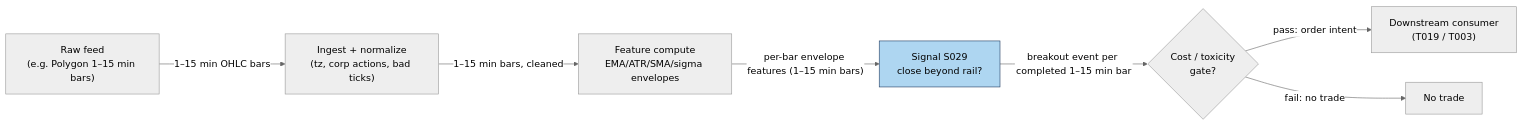
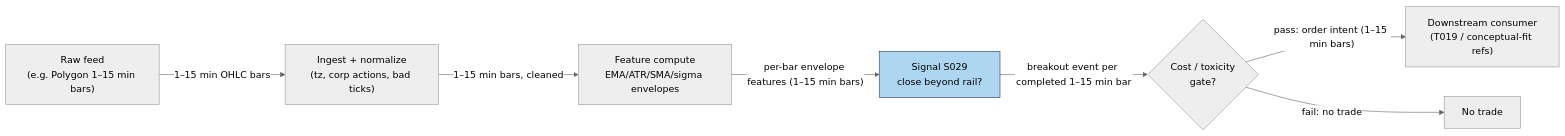
Before and after one commit to praveenguptahcl/quant-signals-deep: the diagram in batches/SB5/S029.md, drawn with Mermaid (neutral theme). The commit also changed other lines of this file and 23 other files, not shown here.

````diff
--- a/batches/SB5/S029.md
+++ b/batches/SB5/S029.md
@@ -158,10 +158,10 @@
 ```mermaid
 flowchart LR
     FEED["Raw feed<br/>(e.g. Polygon 1–15 min bars)"] -->|"1–15 min OHLC bars"| ING["Ingest + normalize<br/>(tz, corp actions, bad ticks)"]
     ING -->|"1–15 min bars, cleaned"| FEAT["Feature compute<br/>EMA/ATR/SMA/sigma envelopes"]
     FEAT -->|"per-bar envelope features (1–15 min bars)"| SIG["Signal S029<br/>close beyond rail?"]
     SIG -->|"breakout event per completed 1–15 min bar"| GATE{"Cost / toxicity<br/>gate?"}
-    GATE -->|"pass: order intent"| OUT["Downstream consumer<br/>(T019 / T003)"]
+    GATE -->|"pass: order intent (1–15 min bars)"| OUT["Downstream consumer<br/>(T019 / conceptual-fit refs)"]
     GATE -->|"fail: no trade"| DROP["No trade"]
     style SIG fill:#aed6f1,stroke:#1f3a5f
 ```
````
